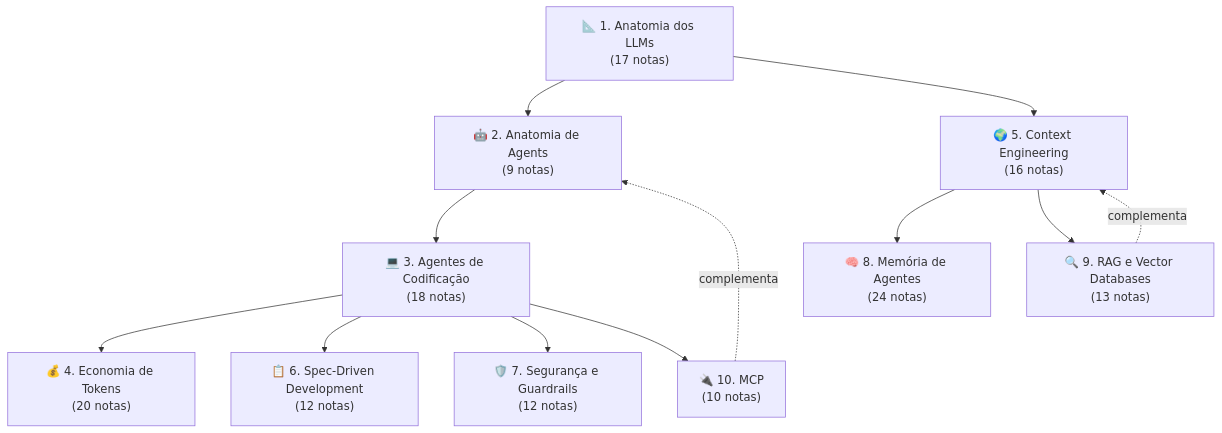
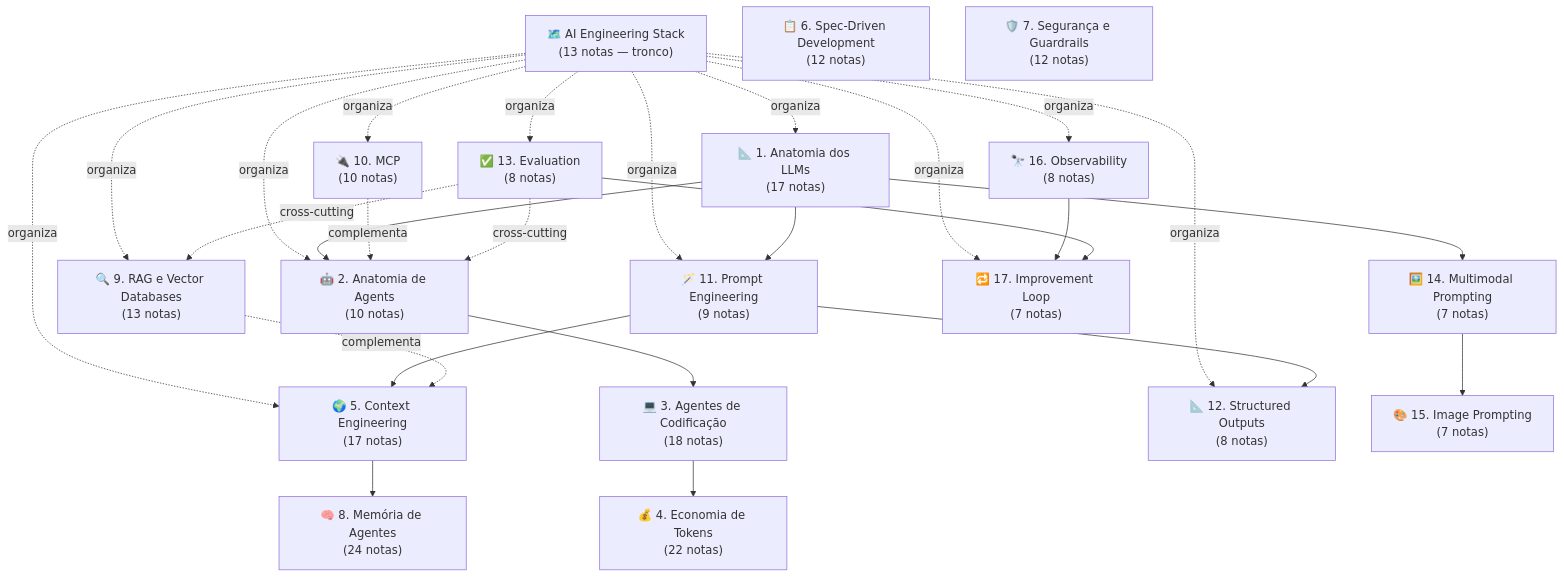
The first of 2 diagrams in 03-Dominios/IA/index.md (josenaldo/codex-technomanticus), drawn with Mermaid before and after one commit. The commit also changed other lines of this file, not shown here.

First line of the commit message:
feat(ia): atualizar index raiz para 17 trilhas + tronco

````diff
--- a/03-Dominios/IA/index.md
+++ b/03-Dominios/IA/index.md
@@ -130,25 +130,49 @@
 ```mermaid
 graph TB
+    M_STACK["🗺️ AI Engineering Stack<br/>(13 notas — tronco)"]
+
     M1["📐 1. Anatomia dos LLMs<br/>(17 notas)"]
-    M2["🤖 2. Anatomia de Agents<br/>(9 notas)"]
+    M2["🤖 2. Anatomia de Agents<br/>(10 notas)"]
     M3["💻 3. Agentes de Codificação<br/>(18 notas)"]
-    M4["💰 4. Economia de Tokens<br/>(20 notas)"]
-    M5["🌍 5. Context Engineering<br/>(16 notas)"]
+    M4["💰 4. Economia de Tokens<br/>(22 notas)"]
+    M5["🌍 5. Context Engineering<br/>(17 notas)"]
     M6["📋 6. Spec-Driven Development<br/>(12 notas)"]
     M7["🛡️ 7. Segurança e Guardrails<br/>(12 notas)"]
     M8["🧠 8. Memória de Agentes<br/>(24 notas)"]
     M9["🔍 9. RAG e Vector Databases<br/>(13 notas)"]
     M10["🔌 10. MCP<br/>(10 notas)"]
+    M11["🪄 11. Prompt Engineering<br/>(9 notas)"]
+    M12["📐 12. Structured Outputs<br/>(8 notas)"]
+    M13["✅ 13. Evaluation<br/>(8 notas)"]
+    M14["🖼️ 14. Multimodal Prompting<br/>(7 notas)"]
+    M15["🎨 15. Image Prompting<br/>(7 notas)"]
+    M16["🔭 16. Observability<br/>(8 notas)"]
+    M17["🔁 17. Improvement Loop<br/>(7 notas)"]
 
+    M_STACK -.organiza.-> M1
+    M_STACK -.organiza.-> M2
+    M_STACK -.organiza.-> M5
+    M_STACK -.organiza.-> M9
+    M_STACK -.organiza.-> M10
+    M_STACK -.organiza.-> M11
+    M_STACK -.organiza.-> M12
+    M_STACK -.organiza.-> M13
+    M_STACK -.organiza.-> M16
+    M_STACK -.organiza.-> M17
+
+    M1 --> M11
+    M11 --> M5
+    M11 --> M12
+    M1 --> M14
+    M14 --> M15
     M1 --> M2
     M2 --> M3
-    M1 --> M5
     M3 --> M4
-    M3 --> M6
-    M3 --> M7
     M5 --> M8
-    M5 --> M9
-    M3 --> M10
     M9 -.complementa.-> M5
     M10 -.complementa.-> M2
+    M13 -.cross-cutting.-> M2
+    M13 -.cross-cutting.-> M9
+    M16 --> M17
+    M13 --> M17
 ```
````
